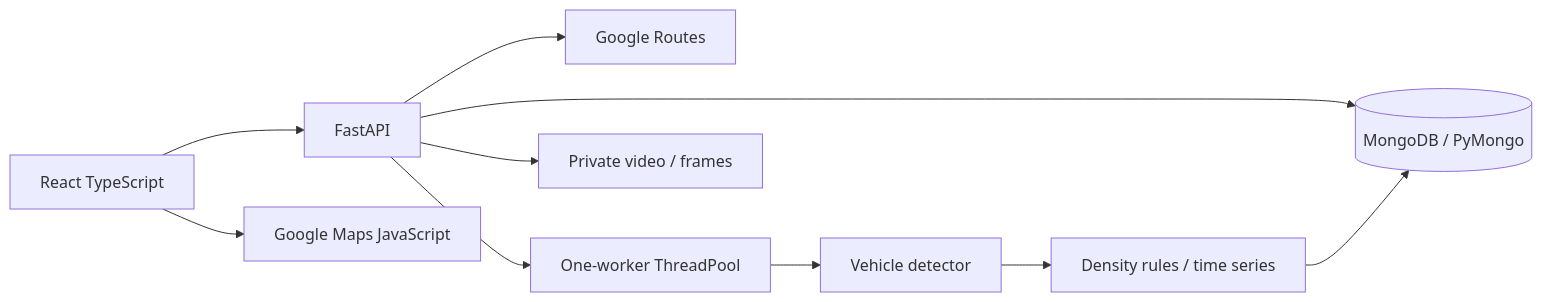
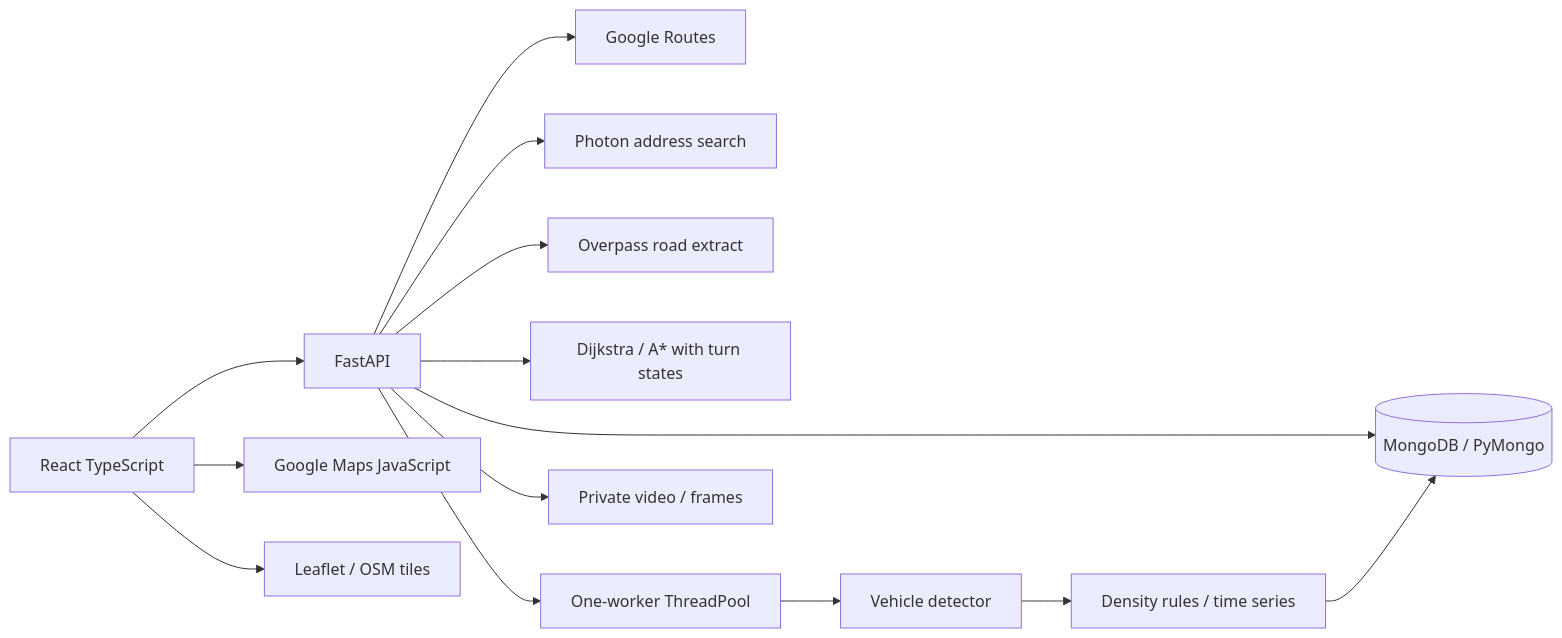
The first of 2 diagrams in docs/architecture.md (nguyenbaolong2504/SmartEye), drawn with Mermaid before and after one commit. The commit also changed other lines of this file and 5 other files, not shown here.

````diff
--- a/docs/architecture.md
+++ b/docs/architecture.md
@@ -3,12 +3,16 @@
 ```mermaid
 flowchart LR
   UI[React TypeScript] --> API[FastAPI]
   API --> DB[(MongoDB / PyMongo)]
   API --> Google[Google Routes]
   UI --> Map[Google Maps JavaScript]
+  UI --> Tiles[Leaflet / OSM tiles]
+  API --> Addresses[Photon address search]
+  API --> Roads[Overpass road extract]
+  API --> Graph[Dijkstra / A* with turn states]
   API --> Queue[One-worker ThreadPool]
   Queue --> YOLO[Vehicle detector]
   YOLO --> Rules[Density rules / time series]
   Rules --> DB
   API --> Files[Private video / frames]
 ```
````
